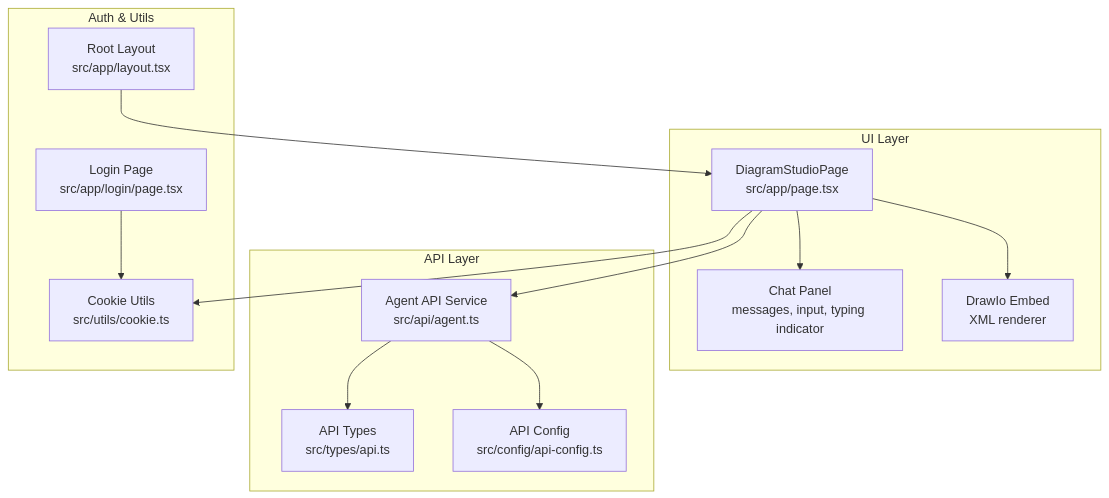
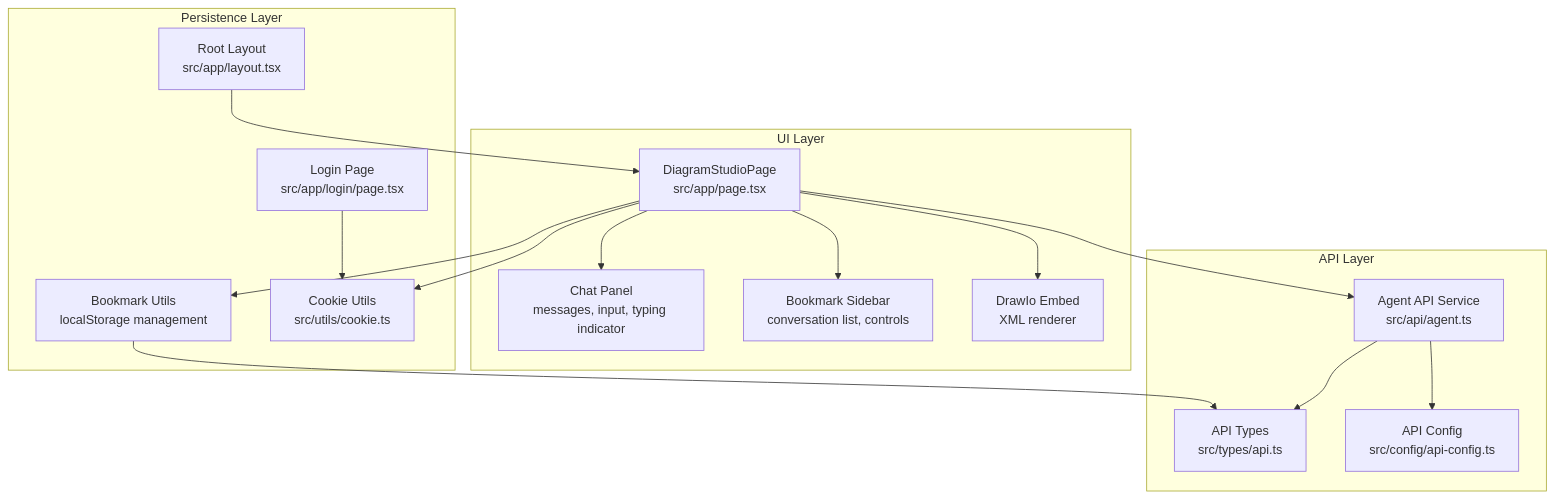
Before and after one commit to shrekboss/agent-draw-io-front: the first of 5 diagrams in .qoder/repowiki/en/content/Chat Interface.md, drawn with Mermaid. The commit also changed other lines of this file and 13 other files, not shown here.

Commit message:
feat(agent-draw-io-front): 优化交互式画图

````diff
--- a/.qoder/repowiki/en/content/Chat Interface.md
+++ b/.qoder/repowiki/en/content/Chat Interface.md
@@ -39,26 +50,31 @@
 ```mermaid
 graph TB
 subgraph "UI Layer"
 Page["DiagramStudioPage<br/>src/app/page.tsx"]
 ChatPanel["Chat Panel<br/>messages, input, typing indicator"]
+BookmarkSidebar["Bookmark Sidebar<br/>conversation list, controls"]
 DrawIo["DrawIo Embed<br/>XML renderer"]
 end
 subgraph "API Layer"
 AgentAPI["Agent API Service<br/>src/api/agent.ts"]
 Types["API Types<br/>src/types/api.ts"]
 Config["API Config<br/>src/config/api-config.ts"]
 end
-subgraph "Auth & Utils"
+subgraph "Persistence Layer"
+BookmarkUtils["Bookmark Utils<br/>localStorage management"]
 Cookie["Cookie Utils<br/>src/utils/cookie.ts"]
 Login["Login Page<br/>src/app/login/page.tsx"]
 Layout["Root Layout<br/>src/app/layout.tsx"]
 end
 Page --> ChatPanel
+Page --> BookmarkSidebar
 Page --> DrawIo
 Page --> AgentAPI
+Page --> BookmarkUtils
 AgentAPI --> Types
 AgentAPI --> Config
 Page --> Cookie
 Login --> Cookie
 Layout --> Page
+BookmarkUtils --> Types
 ```
````
